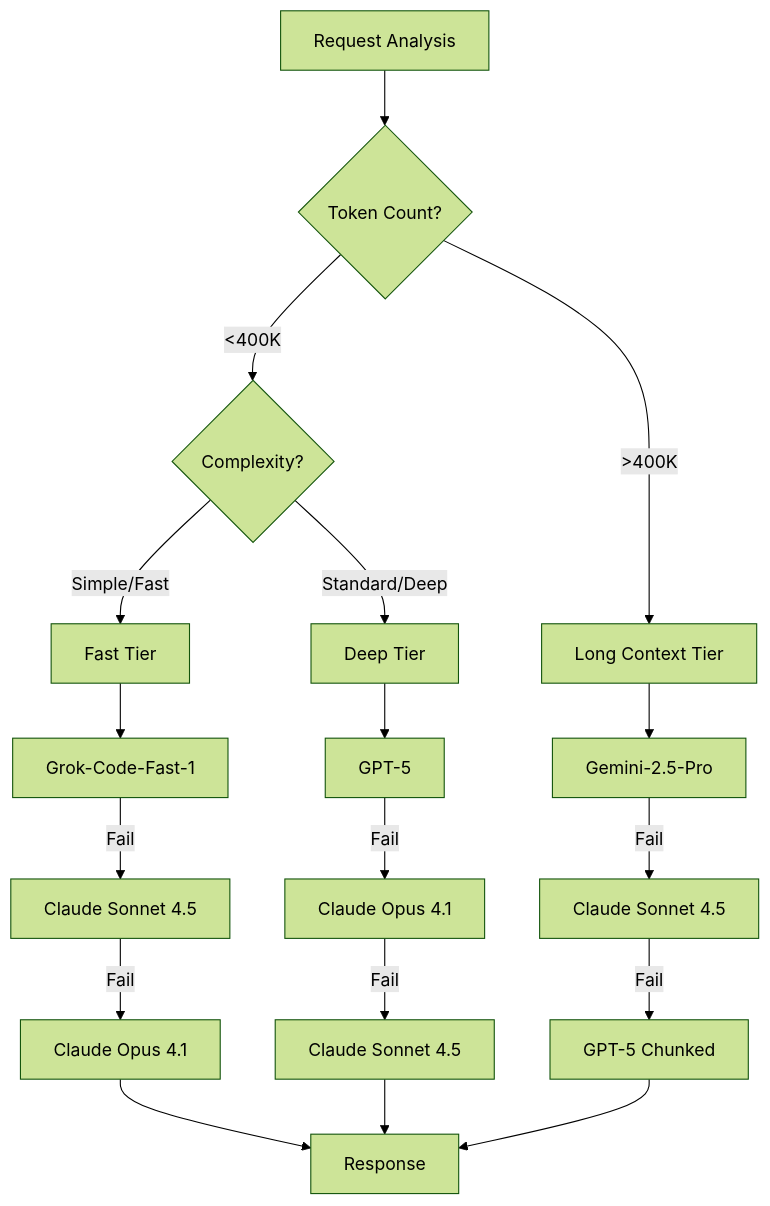
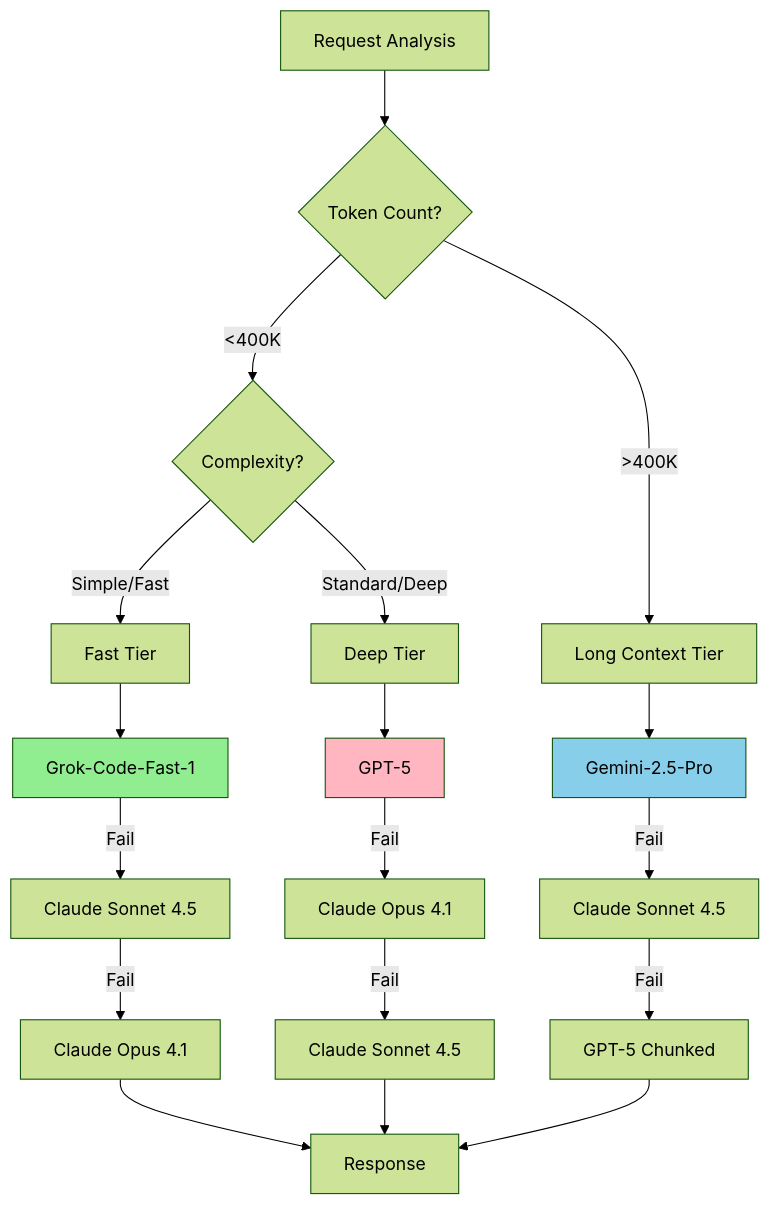
The fifth of 14 diagrams in README.md (Tony363/SuperClaude), drawn with Mermaid (forest theme) before and after one commit. The commit also changed other lines of this file and 1 other file, not shown here.

Commit message:
architecture overview

````diff
--- a/README.md
+++ b/README.md
@@ -553,25 +235,29 @@
 ```mermaid
 graph TD
     A[Request Analysis] --> B{Token Count?}
     B -->|<400K| C{Complexity?}
     B -->|>400K| D[Long Context Tier]
 
     C -->|Simple/Fast| E[Fast Tier]
     C -->|Standard/Deep| F[Deep Tier]
 
     E --> E1[Grok-Code-Fast-1]
     E1 -->|Fail| E2[Claude Sonnet 4.5]
     E2 -->|Fail| E3[Claude Opus 4.1]
 
     F --> F1[GPT-5]
     F1 -->|Fail| F2[Claude Opus 4.1]
     F2 -->|Fail| F3[Claude Sonnet 4.5]
 
     D --> D1[Gemini-2.5-Pro]
     D1 -->|Fail| D2[Claude Sonnet 4.5]
     D2 -->|Fail| D3[GPT-5 Chunked]
 
     E3 --> G[Response]
     F3 --> G
     D3 --> G
+
+    style E1 fill:#90EE90
+    style F1 fill:#FFB6C1
+    style D1 fill:#87CEEB
 ```
````
